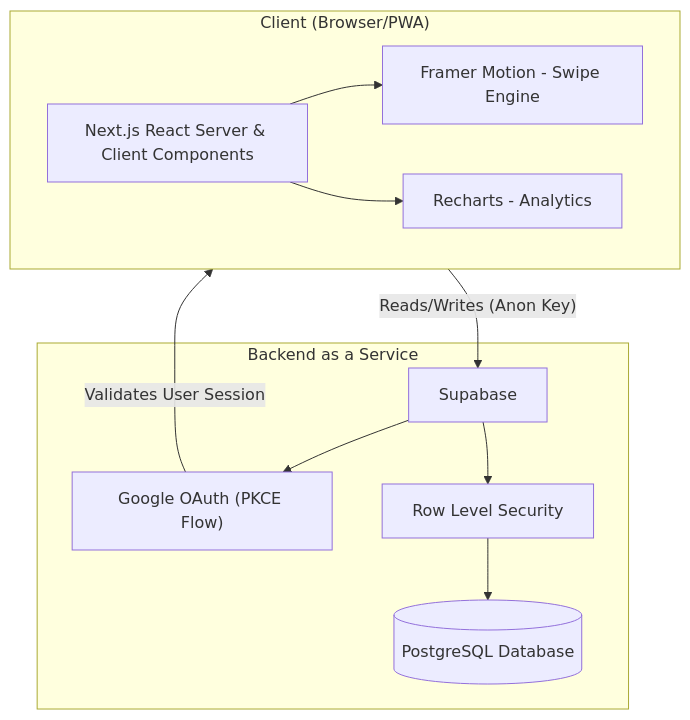
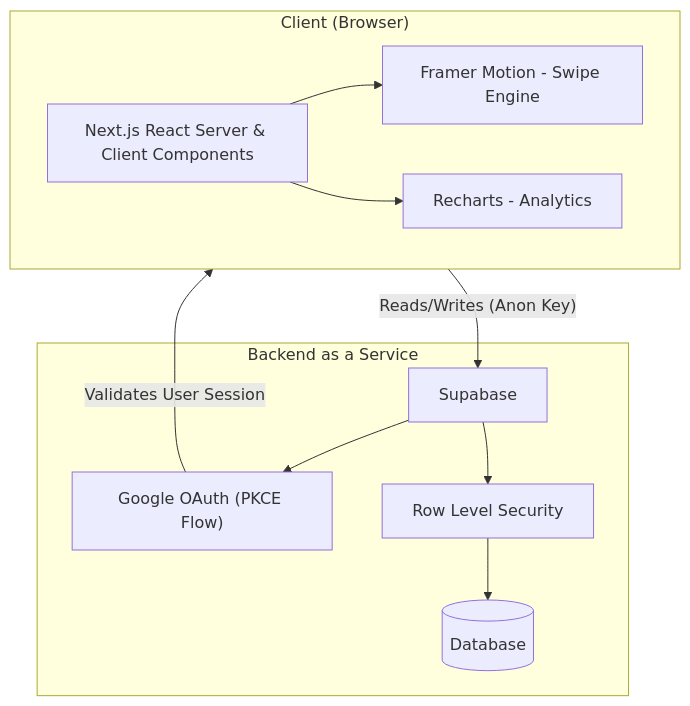
The diagram in README.md (JustCodeDaily/protocols), drawn with Mermaid before and after one commit. The commit also changed other lines of this file, not shown here.

Commit message:
Update README to reflect changes in architecture and tech stack

````diff
--- a/README.md
+++ b/README.md
@@ -9,25 +9,25 @@
 ```mermaid
 flowchart TD
-    subgraph Client ["Client (Browser/PWA)"]
+    subgraph Client ["Client (Browser)"]
         UI["Next.js React Server & Client Components"]
         Gestures["Framer Motion - Swipe Engine"]
         Charts["Recharts - Analytics"]
         
         UI --> Gestures
         UI --> Charts
     end
 
     subgraph Backend ["Backend as a Service"]
         Supabase["Supabase"]
         Auth["Google OAuth (PKCE Flow)"]
-        DB[("PostgreSQL Database")]
+        DB[("Database")]
         RLS["Row Level Security"]
 
         Supabase --> Auth
         Supabase --> RLS
         RLS --> DB
     end
 
     Client -- "Reads/Writes (Anon Key)" --> Supabase
     Auth -- "Validates User Session" --> Client
 ```
````
